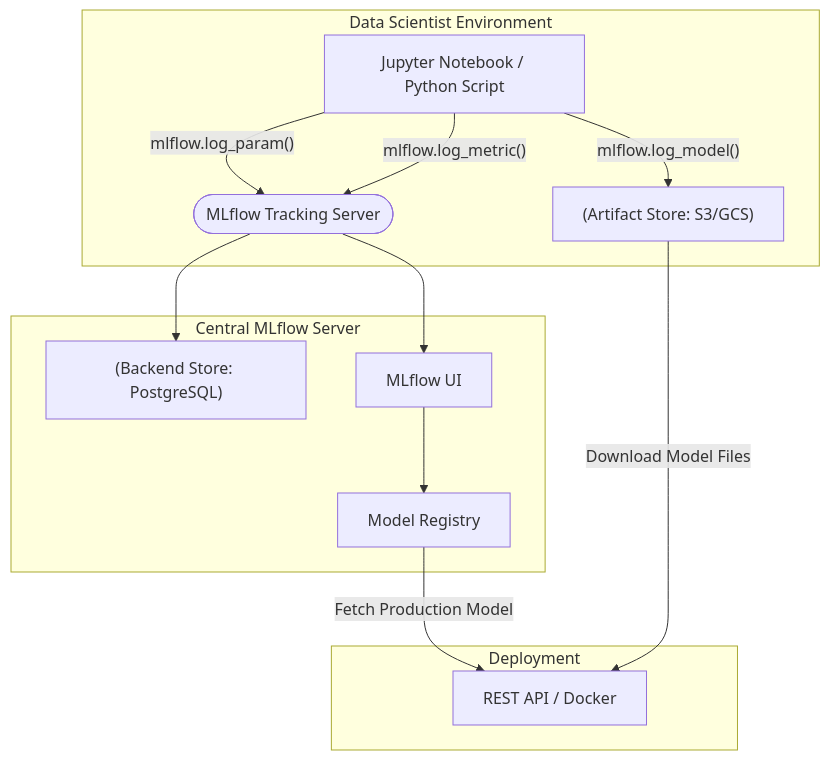
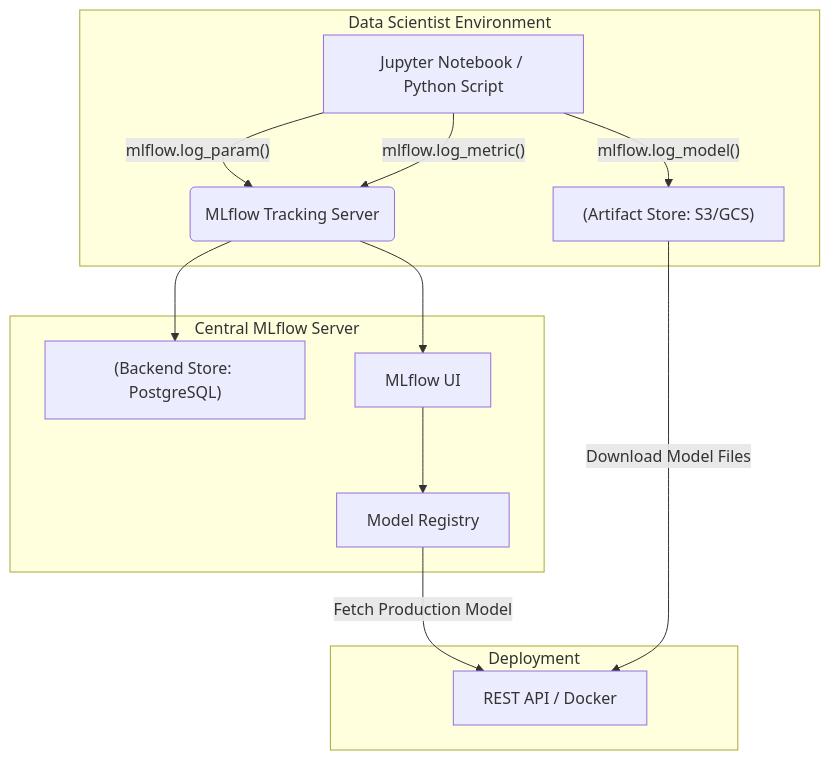
The diagram in src/content/docs/concepts/genai-ml/mlflow.md (kythuatdulieu/kythuatdulieu.github.io), drawn with Mermaid before and after one commit. The commit also changed other lines of this file and 175 other files, not shown here.

Commit message:
docs: content audit, correct Mermaid diagrams, fix external links, and auto-inject popovers

````diff
--- a/src/content/docs/concepts/genai-ml/mlflow.md
+++ b/src/content/docs/concepts/genai-ml/mlflow.md
@@ -41,19 +41,21 @@
 ```mermaid
 graph TD
     subgraph "Data Scientist Environment"
-        A["Jupyter Notebook / Python Script"] -->|"mlflow.log_param()"| B(["MLflow Tracking Server"])
+        A["Jupyter Notebook / Python Script"] -->|"mlflow.log_param()"| B("MLflow Tracking Server")
         A -->|"mlflow.log_metric()"| B
         A -->|"mlflow.log_model()"| C["(Artifact Store: S3/GCS)"]
     end
 
     subgraph "Central MLflow Server"
         B --> D["(Backend Store: PostgreSQL)"]
         B --> E["MLflow UI"]
         E --> F["Model Registry"]
     end
 
     subgraph Deployment
         F -->|"Fetch Production Model"| G["REST API / Docker"]
         C -->|"Download Model Files"| G
     end
+
+
 ```
````
